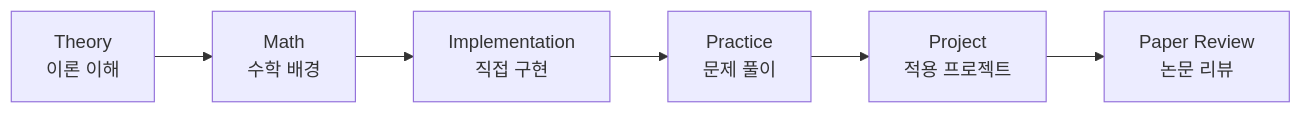
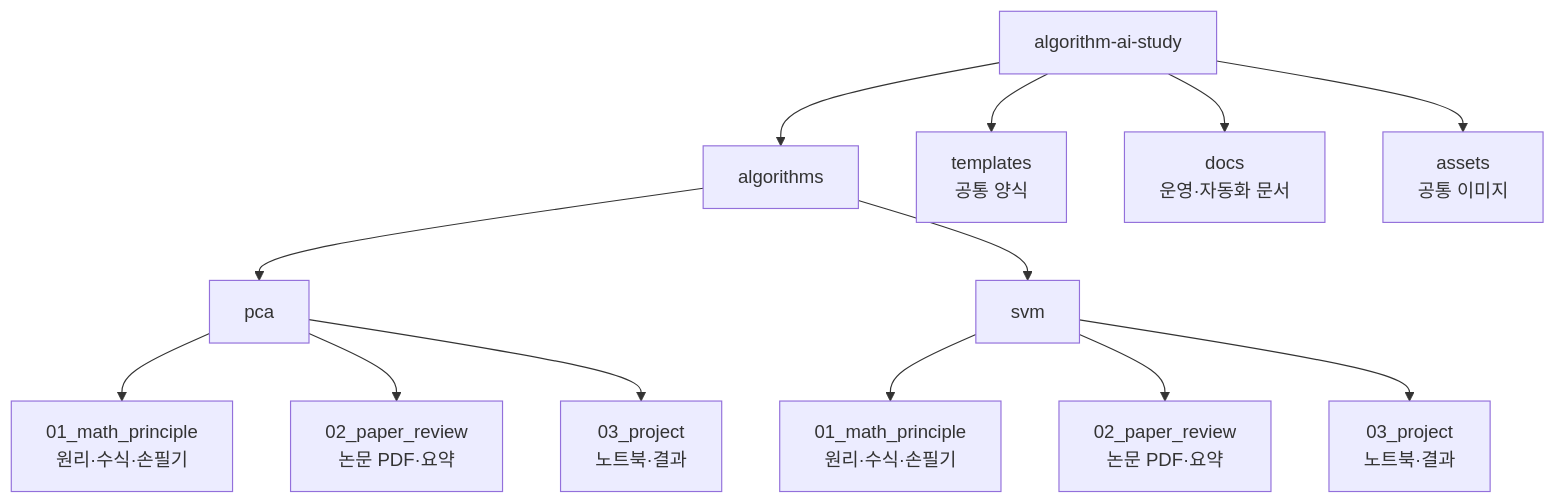
One commit to JHPark-kor/algorithm-ai-study changed the diagram in README.md. Above: the diagram before and after it, drawn with Mermaid. The commit also changed other lines of this file, not shown here.

````diff
--- a/README.md
+++ b/README.md
@@ -13,8 +21,20 @@
 ```mermaid
-flowchart LR
-  A["Theory<br/>이론 이해"] --> B["Math<br/>수학 배경"]
-  B --> C["Implementation<br/>직접 구현"]
-  C --> D["Practice<br/>문제 풀이"]
-  D --> E["Project<br/>적용 프로젝트"]
-  E --> F["Paper Review<br/>논문 리뷰"]
+flowchart TD
+  R["algorithm-ai-study"]
+
+  R --> A["algorithms"]
+  A --> PCA["pca"]
+  A --> SVM["svm"]
+
+  PCA --> PCA1["01_math_principle<br/>원리·수식·손필기"]
+  PCA --> PCA2["02_paper_review<br/>논문 PDF·요약"]
+  PCA --> PCA3["03_project<br/>노트북·결과"]
+
+  SVM --> SVM1["01_math_principle<br/>원리·수식·손필기"]
+  SVM --> SVM2["02_paper_review<br/>논문 PDF·요약"]
+  SVM --> SVM3["03_project<br/>노트북·결과"]
+
+  R --> T["templates<br/>공통 양식"]
+  R --> D["docs<br/>운영·자동화 문서"]
+  R --> AS["assets<br/>공통 이미지"]
 ```
````
